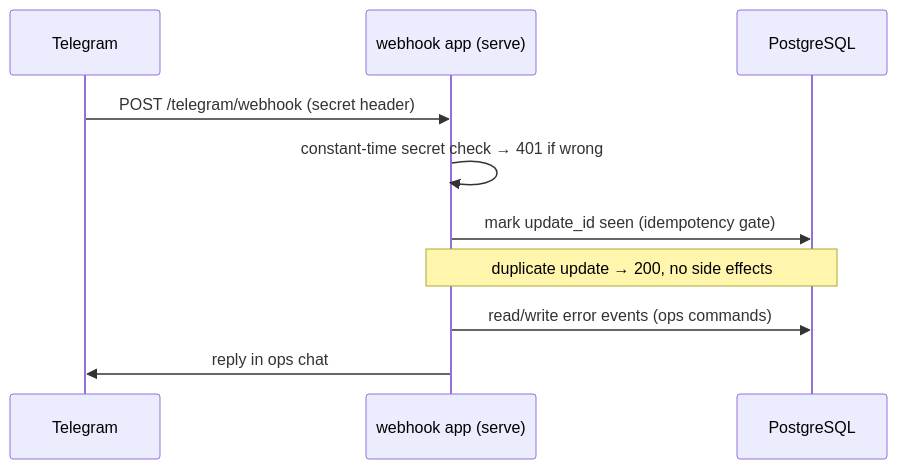
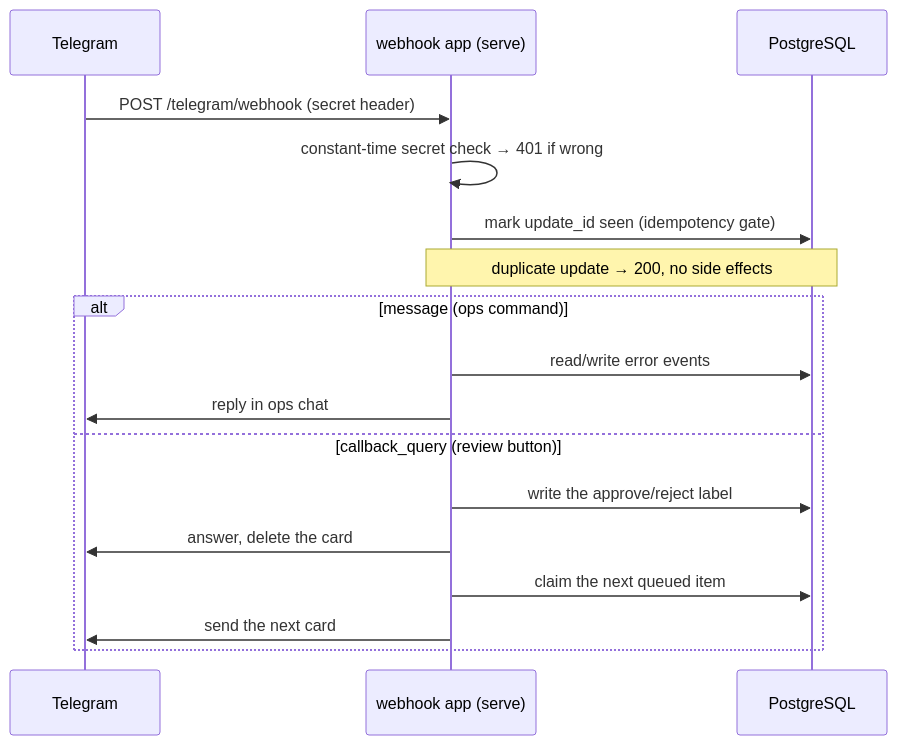
Before and after one commit to yeshdmits/news-tg-bot: the third of 3 diagrams in docs/architecture.md, drawn with Mermaid. The commit also changed other lines of this file and 26 other files, not shown here.

First line of the commit message:
feat: admin approve/reject feedback loop per source (#10)

````diff
--- a/docs/architecture.md
+++ b/docs/architecture.md
@@ -90,13 +97,20 @@
 ```mermaid
 sequenceDiagram
     participant T as Telegram
     participant W as webhook app (serve)
     participant PG as PostgreSQL
 
     T->>W: POST /telegram/webhook (secret header)
     W->>W: constant-time secret check → 401 if wrong
     W->>PG: mark update_id seen (idempotency gate)
     Note over W,PG: duplicate update → 200, no side effects
-    W->>PG: read/write error events (ops commands)
-    W->>T: reply in ops chat
+    alt message (ops command)
+        W->>PG: read/write error events
+        W->>T: reply in ops chat
+    else callback_query (review button)
+        W->>PG: write the approve/reject label
+        W->>T: answer, delete the card
+        W->>PG: claim the next queued item
+        W->>T: send the next card
+    end
 ```
````
